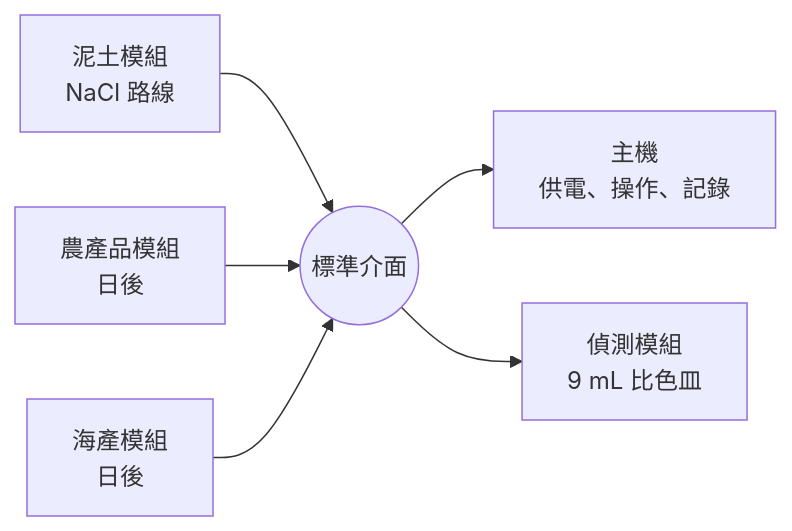
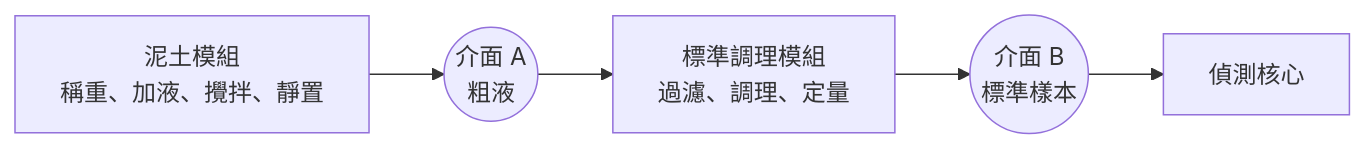
Before and after one commit to davidlueng986-alt/igem-mercury-extraction-platform: the first of 3 diagrams in docs/01-soil-nacl-module.md, drawn with Mermaid. The commit also changed other lines of this file and 2 other files, not shown here.

````diff
--- a/docs/01-soil-nacl-module.md
+++ b/docs/01-soil-nacl-module.md
@@ -43,8 +48,7 @@
 ```mermaid
 flowchart LR
-  M1[泥土模組<br/>NaCl 路線] --> IF((標準介面))
-  M2[農產品模組<br/>日後] --> IF
-  M3[海產模組<br/>日後] --> IF
-  IF --> H[主機<br/>供電、操作、記錄]
-  IF --> D[偵測模組<br/>9 mL 比色皿]
+  S[泥土模組<br/>稱重、加液、攪拌、靜置] --> A((介面 A<br/>粗液))
+  A --> C[標準調理模組<br/>過濾、調理、定量]
+  C --> B((介面 B<br/>標準樣本))
+  B --> D[偵測核心]
 ```
````
